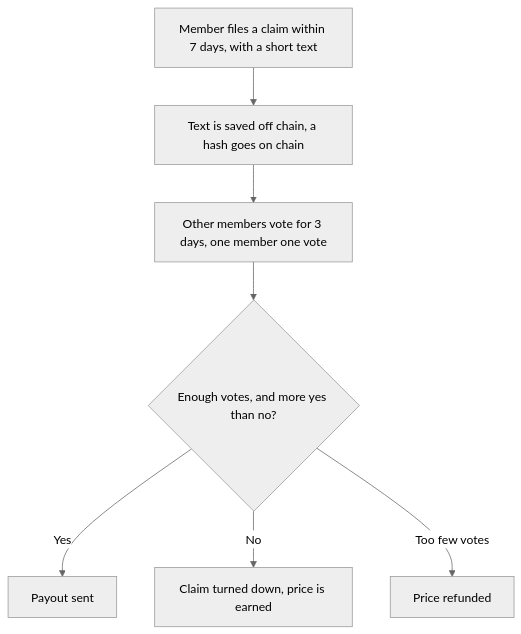
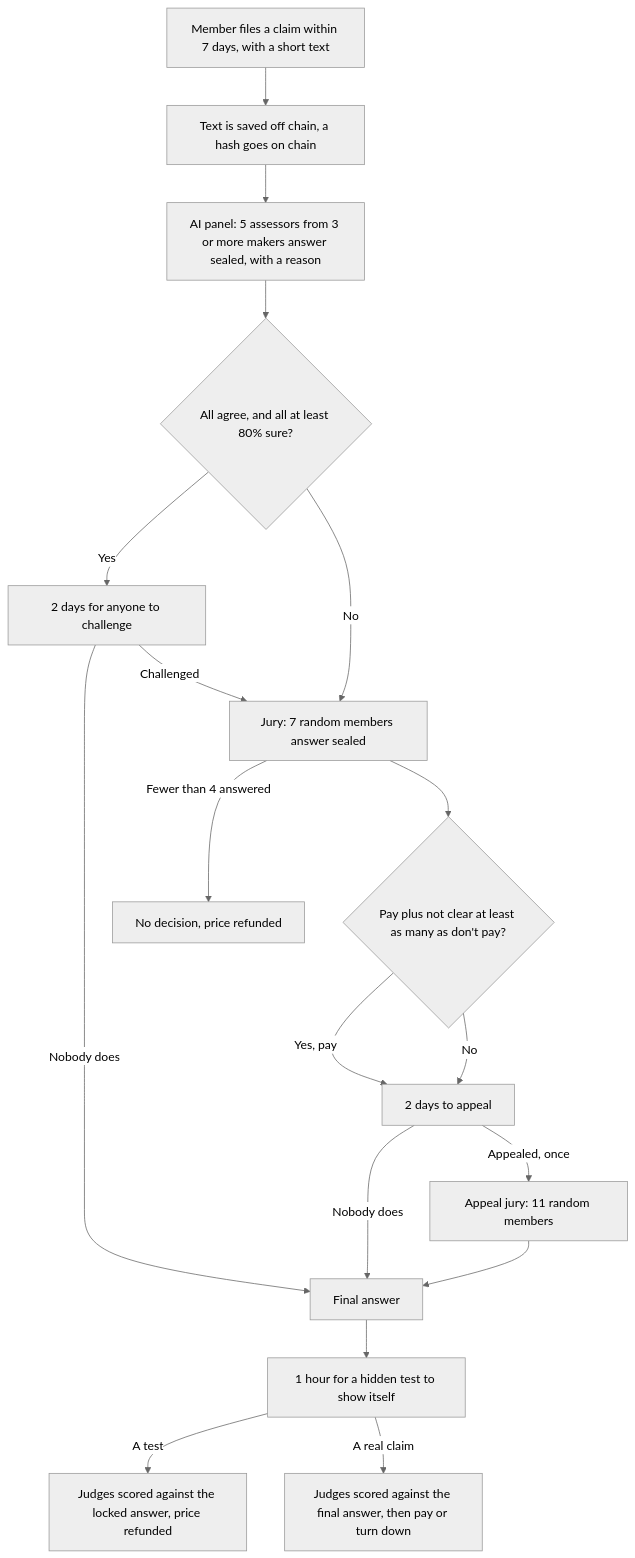
One commit to abozaralizadeh/OpenMutual changed the fourth of 6 diagrams in docs/LOGICAL-FLOW.md. Above: the diagram before and after it, drawn with Mermaid (neutral theme). The commit also changed other lines of this file and 46 other files, not shown here.

````diff
--- a/docs/LOGICAL-FLOW.md
+++ b/docs/LOGICAL-FLOW.md
@@ -92,9 +92,20 @@
 ```mermaid
 flowchart TD
     A[Member files a claim within 7 days, with a short text] --> B[Text is saved off chain, a hash goes on chain]
-    B --> C[Other members vote for 3 days, one member one vote]
-    C --> D{Enough votes, and more yes than no?}
-    D -->|Yes| E[Payout sent]
-    D -->|No| F[Claim turned down, price is earned]
-    D -->|Too few votes| G[Price refunded]
+    B --> P[AI panel: 5 assessors from 3 or more makers answer sealed, with a reason]
+    P --> Q{All agree, and all at least 80% sure?}
+    Q -->|Yes| C[2 days for anyone to challenge]
+    C -->|Nobody does| F[Final answer]
+    C -->|Challenged| J
+    Q -->|No| J[Jury: 7 random members answer sealed]
+    J --> K{Pay plus not clear at least as many as don't pay?}
+    K -->|Yes, pay| W[2 days to appeal]
+    K -->|No| W
+    J -->|Fewer than 4 answered| R[No decision, price refunded]
+    W -->|Nobody does| F
+    W -->|Appealed, once| X[Appeal jury: 11 random members]
+    X --> F
+    F --> T[1 hour for a hidden test to show itself]
+    T -->|A test| U[Judges scored against the locked answer, price refunded]
+    T -->|A real claim| V[Judges scored against the final answer, then pay or turn down]
 ```
````
